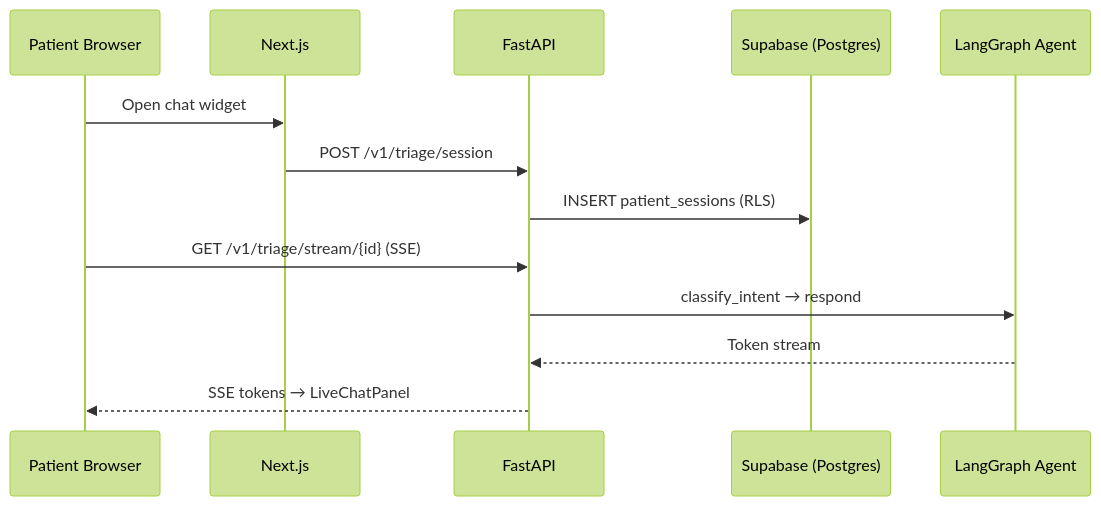
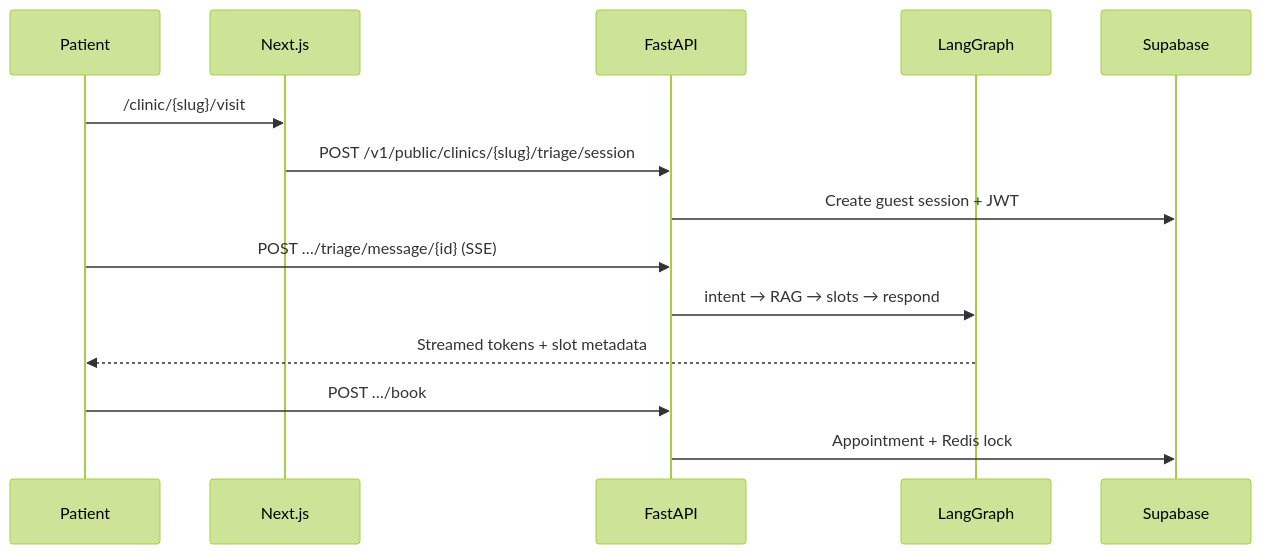
One commit to alianjum-web/Autonomous-Scheduling-Platform changed the diagram in README.md. Above: the diagram before and after it, drawn with Mermaid (forest theme). The commit also changed other lines of this file and 16 other files, not shown here.

````diff
--- a/README.md
+++ b/README.md
@@ -96,16 +93,17 @@
 ```mermaid
 sequenceDiagram
-    participant Patient as Patient Browser
+    participant Patient
     participant Next as Next.js
     participant API as FastAPI
-    participant DB as Supabase (Postgres)
-    participant Agent as LangGraph Agent
+    participant Agent as LangGraph
+    participant DB as Supabase
 
-    Patient->>Next: Open chat widget
-    Next->>API: POST /v1/triage/session
-    API->>DB: INSERT patient_sessions (RLS)
-    Patient->>API: GET /v1/triage/stream/{id} (SSE)
-    API->>Agent: classify_intent → respond
-    Agent-->>API: Token stream
-    API-->>Patient: SSE tokens → LiveChatPanel
+    Patient->>Next: /clinic/{slug}/visit
+    Next->>API: POST /v1/public/clinics/{slug}/triage/session
+    API->>DB: Create guest session + JWT
+    Patient->>API: POST …/triage/message/{id} (SSE)
+    API->>Agent: intent → RAG → slots → respond
+    Agent-->>Patient: Streamed tokens + slot metadata
+    Patient->>API: POST …/book
+    API->>DB: Appointment + Redis lock
 ```
````
